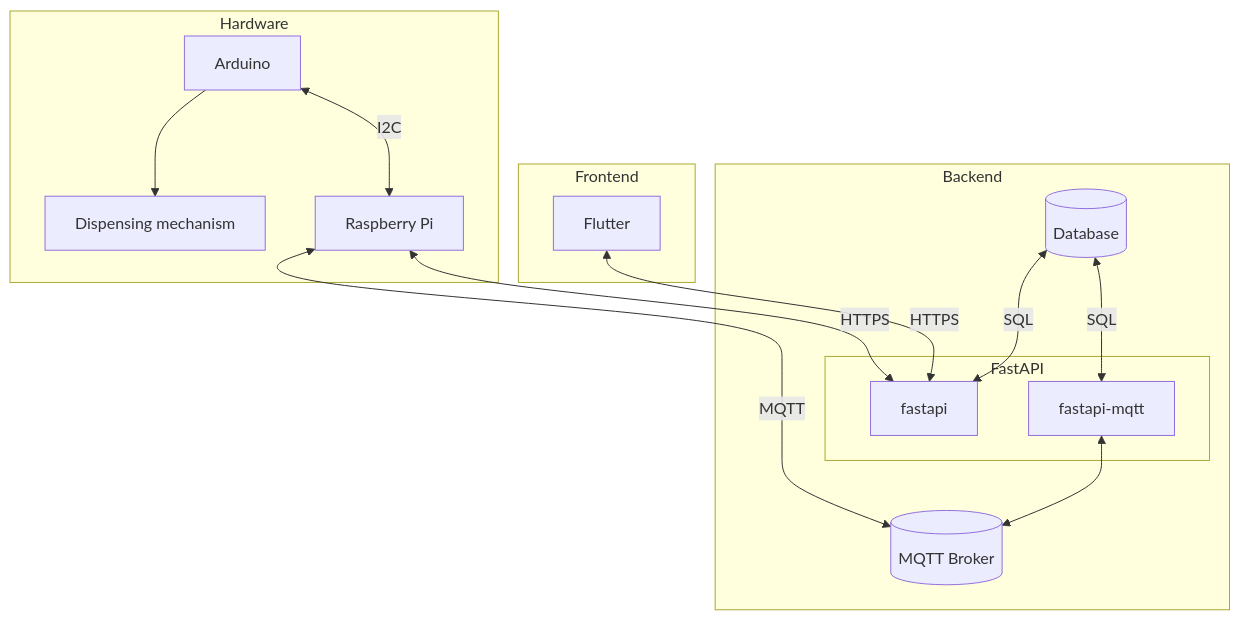
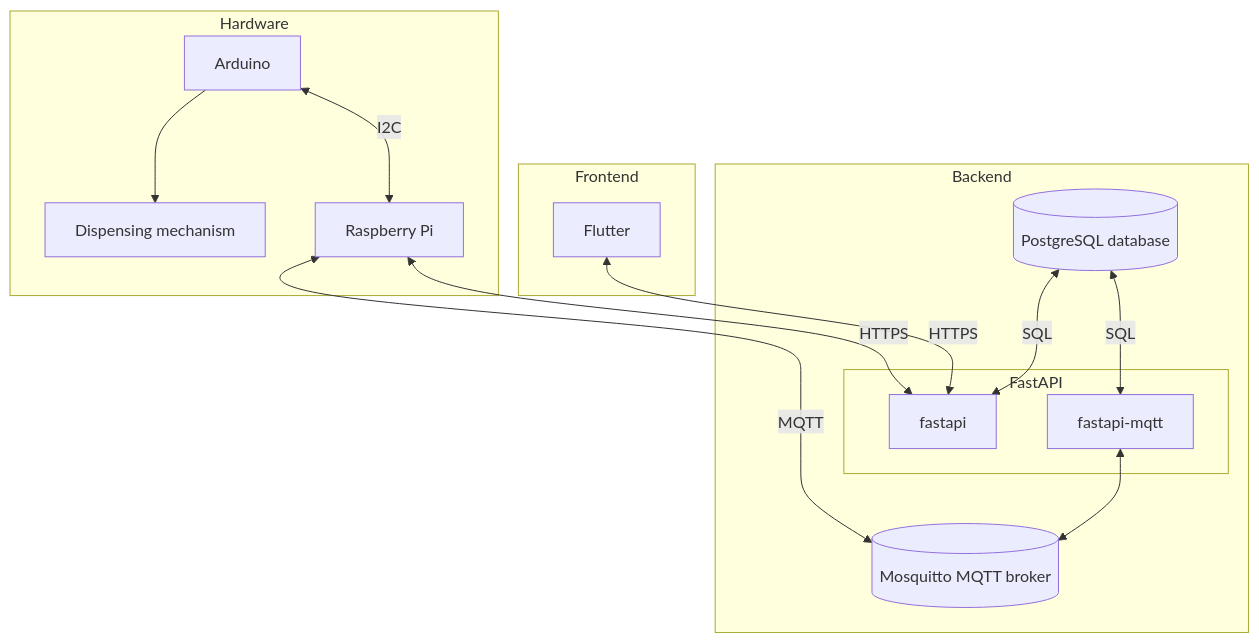
Before and after one commit to HealthHubert/.github: the diagram in profile/README.md, drawn with Mermaid.

````diff
--- a/profile/README.md
+++ b/profile/README.md
@@ -4,38 +4,38 @@
 ```mermaid
 graph TD
     subgraph backend[Backend]
-        db[(Database)]
-        broker[(MQTT Broker)]
+        db[(PostgreSQL database)]
+        broker[(Mosquitto MQTT broker)]
 
         subgraph fast[FastAPI]
             fastapi[fastapi]
             fastapi-mqtt[fastapi-mqtt]
         end
-        
+
     end
 
 
     subgraph hardware[Hardware]
         dispenser[Dispensing mechanism]
         arduino[Arduino]
         pi[Raspberry Pi]
     end
 
     subgraph frontend[Frontend]
         flutter[Flutter]
     end
 
     
 
     fastapi-mqtt <--> broker
     db <--> |SQL| fastapi-mqtt
     db <--> |SQL| fastapi
 
     flutter <--> |HTTPS| fastapi
 
     arduino --> dispenser
     arduino <--> |I2C| pi
     
     pi <--> |MQTT| broker
     pi <--> |HTTPS| fastapi
 ```
````
